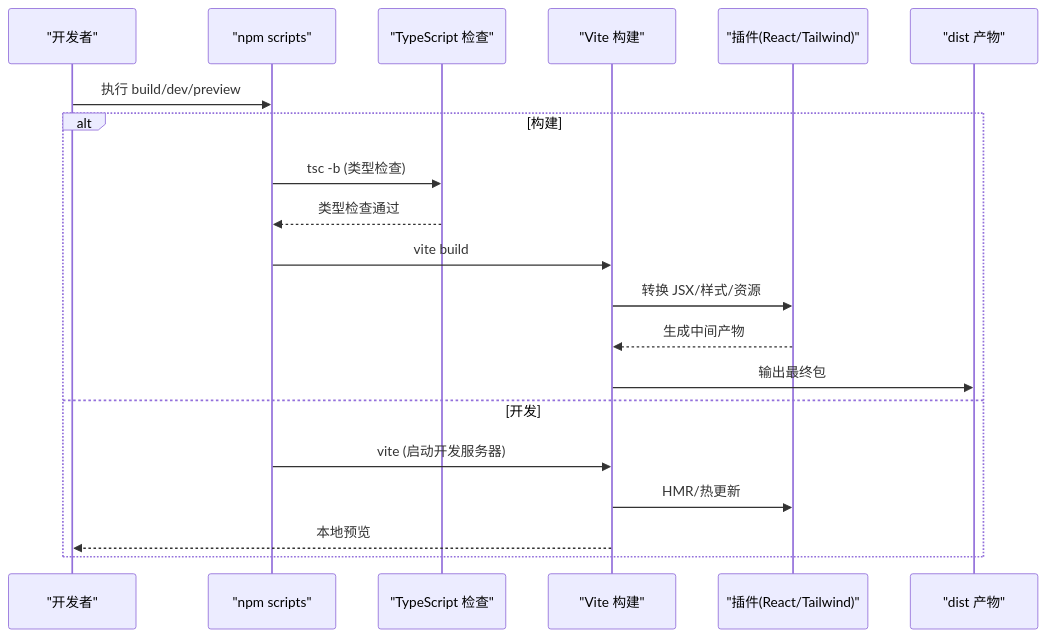
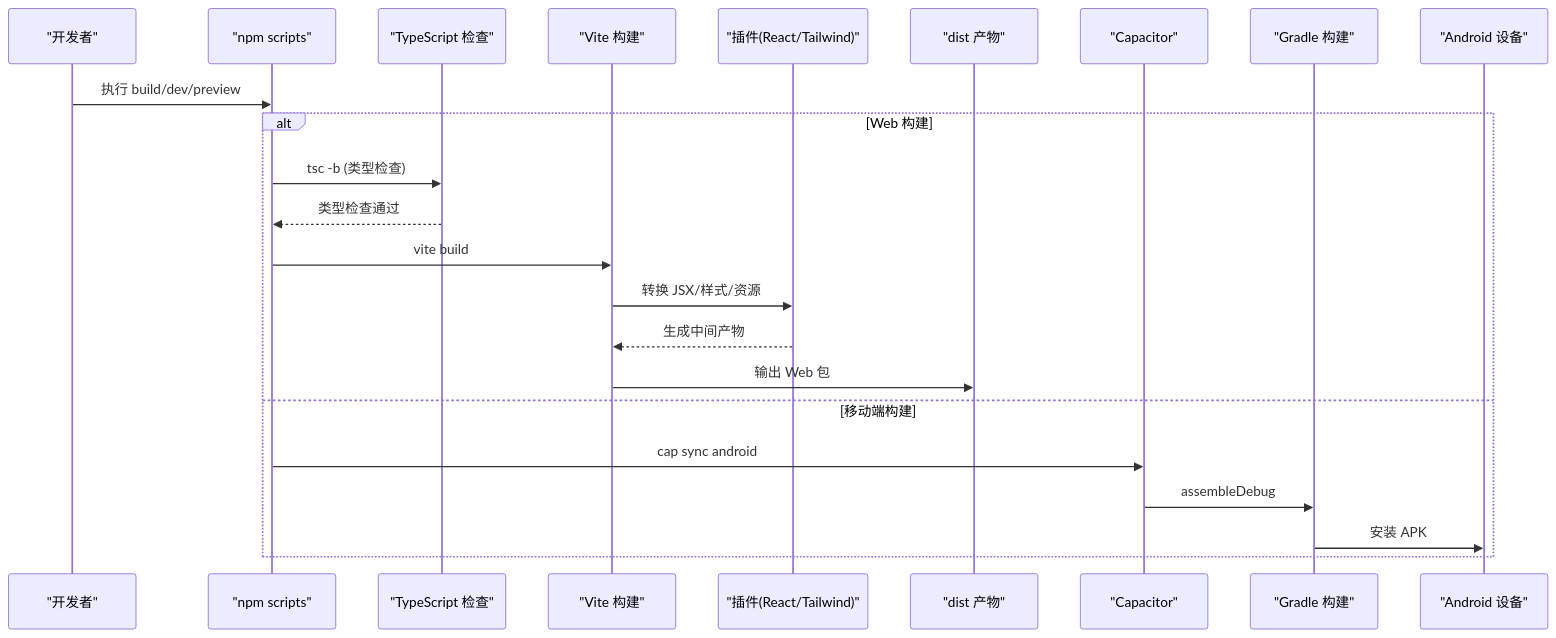
Before and after one commit to billye220670/AIShop: the second of 3 diagrams in .qoder/repowiki/zh/content/开发指南/构建配置.md, drawn with Mermaid. The commit also changed other lines of this file and 99 other files, not shown here.

````diff
--- a/.qoder/repowiki/zh/content/开发指南/构建配置.md
+++ b/.qoder/repowiki/zh/content/开发指南/构建配置.md
@@ -78,22 +113,25 @@
 ```mermaid
 sequenceDiagram
 participant Dev as "开发者"
 participant NPM as "npm scripts"
 participant TSC as "TypeScript 检查"
 participant Vite as "Vite 构建"
 participant Plugins as "插件(React/Tailwind)"
 participant Dist as "dist 产物"
+participant Cap as "Capacitor"
+participant Gradle as "Gradle 构建"
+participant Device as "Android 设备"
 Dev->>NPM : 执行 build/dev/preview
-alt 构建
+alt Web 构建
 NPM->>TSC : tsc -b (类型检查)
 TSC-->>NPM : 类型检查通过
 NPM->>Vite : vite build
 Vite->>Plugins : 转换 JSX/样式/资源
 Plugins-->>Vite : 生成中间产物
-Vite->>Dist : 输出最终包
-else 开发
-NPM->>Vite : vite (启动开发服务器)
-Vite->>Plugins : HMR/热更新
-Vite-->>Dev : 本地预览
+Vite->>Dist : 输出 Web 包
+else 移动端构建
+NPM->>Cap : cap sync android
+Cap->>Gradle : assembleDebug
+Gradle->>Device : 安装 APK
 end
 ```
````
